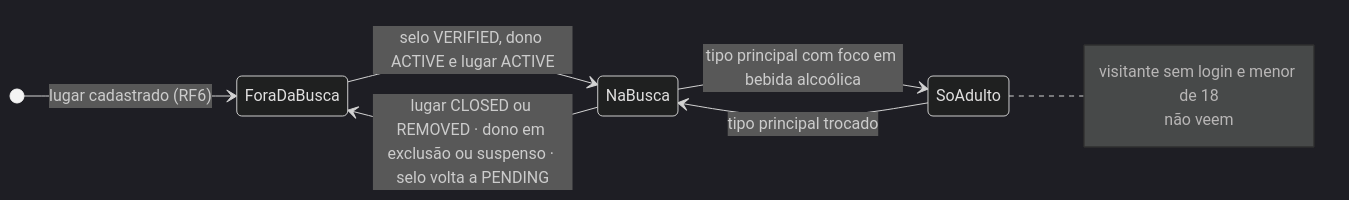
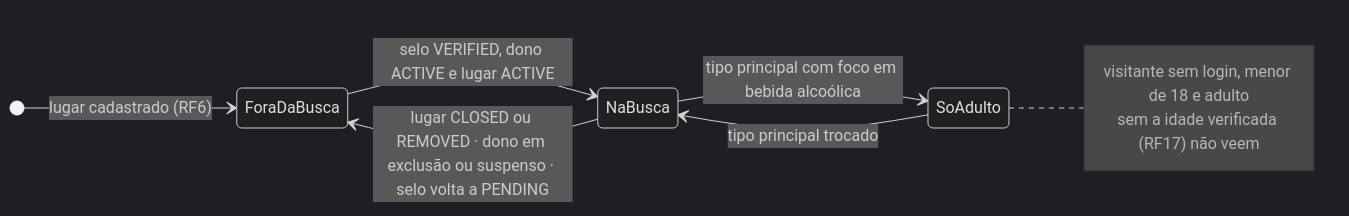
One commit to MatheusHaliski/Friendly-Eats changed the first of 2 diagrams in docs/RF10/estados.md. Above: the diagram before and after it, drawn with Mermaid (dark theme). The commit also changed 71 other files, not shown here.

````diff
--- a/docs/RF10/estados.md
+++ b/docs/RF10/estados.md
@@ -5,13 +5,13 @@
 ```mermaid
 stateDiagram-v2
     direction LR
     [*] --> ForaDaBusca : lugar cadastrado (RF6)
     ForaDaBusca --> NaBusca : selo VERIFIED, dono ACTIVE e lugar ACTIVE
     NaBusca --> ForaDaBusca : lugar CLOSED ou REMOVED · dono em exclusão ou suspenso · selo volta a PENDING
     NaBusca --> SoAdulto : tipo principal com foco em bebida alcoólica
     SoAdulto --> NaBusca : tipo principal trocado
     note right of SoAdulto
-        visitante sem login e menor de 18
-        não veem
+        visitante sem login, menor de 18 e adulto
+        sem a idade verificada (RF17) não veem
     end note
 ```
````
